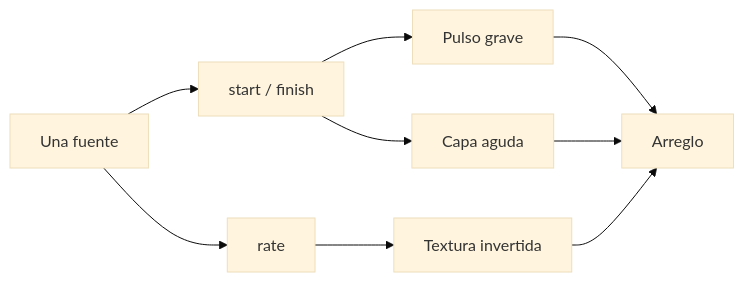
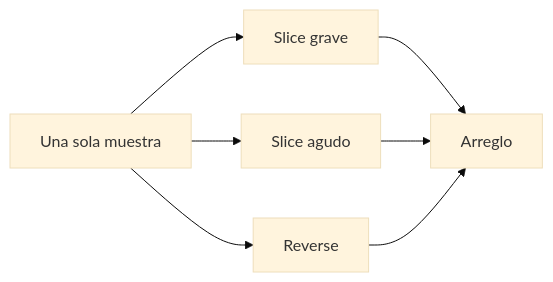
Before and after one commit to umarquez/glitxtober-automation-scripts: the diagram in hammerspoon/episodes/06-un-sample-cien-sonidos/README.md, drawn with Mermaid (base theme). The commit also changed other lines of this file and 34 other files, not shown here.

````diff
--- a/hammerspoon/episodes/06-un-sample-cien-sonidos/README.md
+++ b/hammerspoon/episodes/06-un-sample-cien-sonidos/README.md
@@ -13,11 +9,9 @@
 ```mermaid
 flowchart LR
-  S[Una fuente] --> A[start / finish]
-  S --> R[rate]
-  A --> L[Pulso grave]
-  A --> H[Capa aguda]
-  R --> X[Textura invertida]
-  L --> P[Arreglo]
-  H --> P
-  X --> P
+  S[Una sola muestra] --> L[Slice grave]
+  S --> H[Slice agudo]
+  S --> R[Reverse]
+  L --> A[Arreglo]
+  H --> A
+  R --> A
 ```
````
